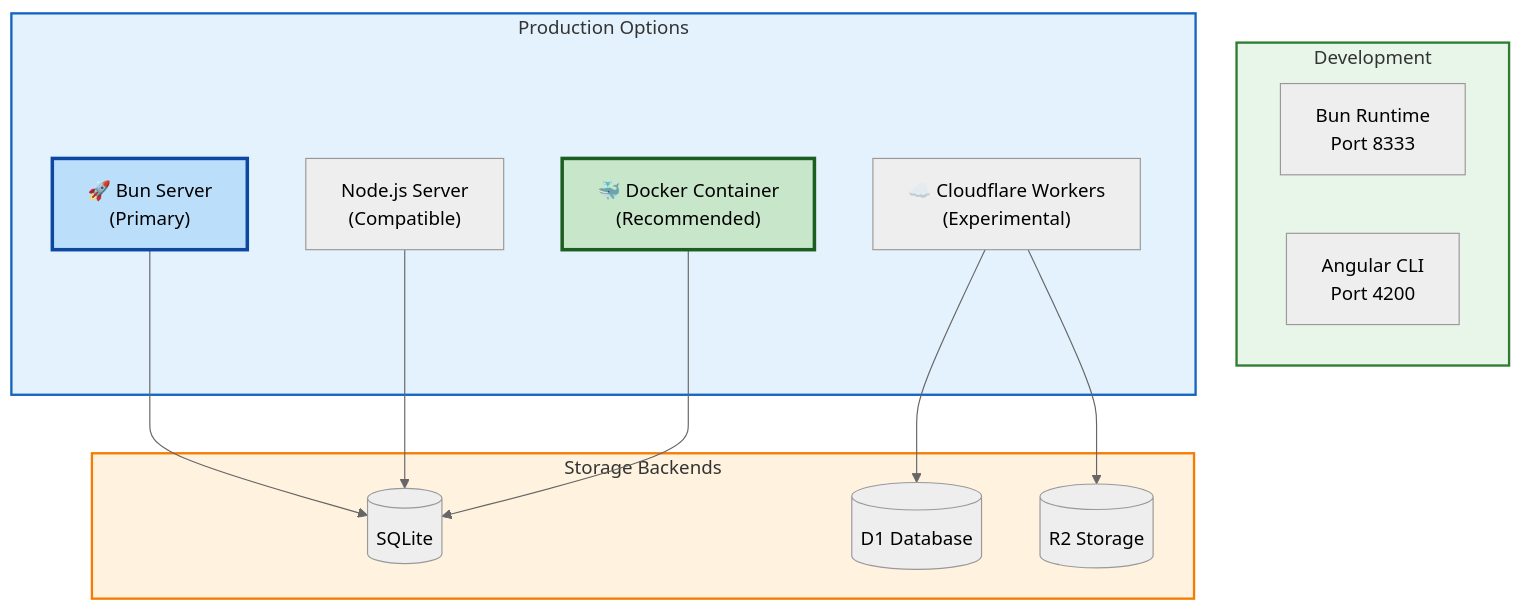
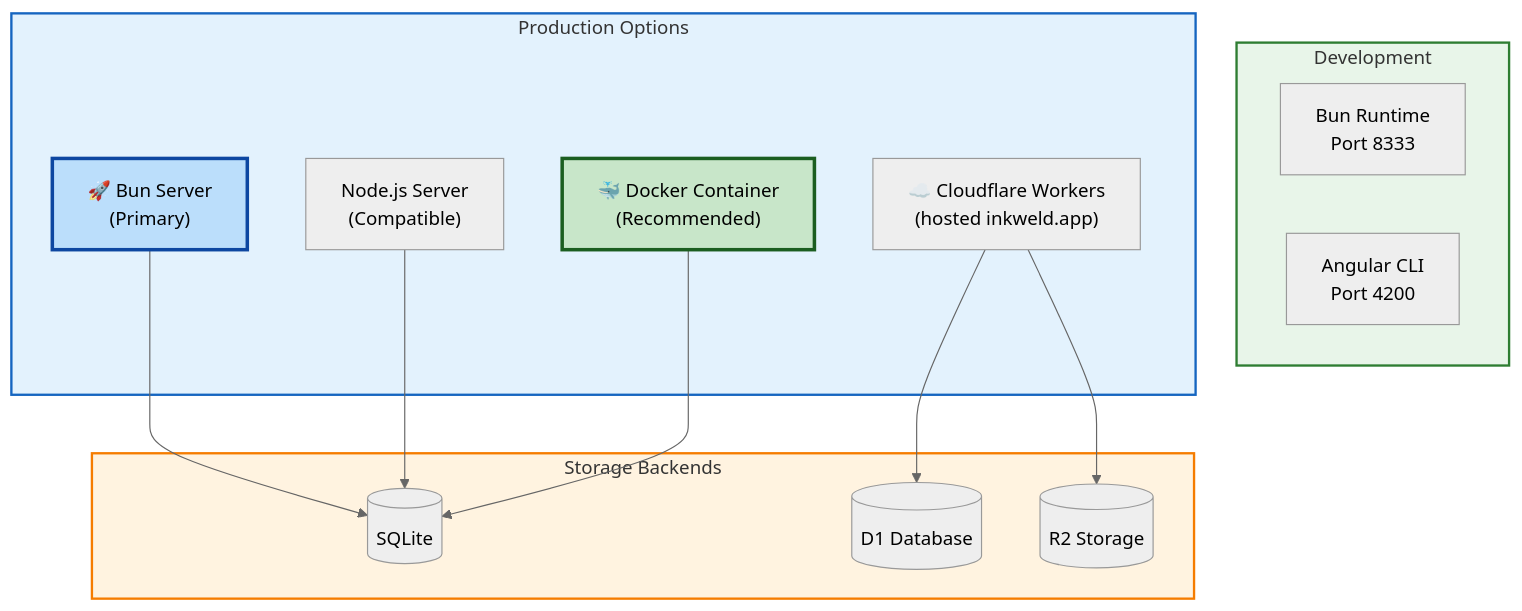
One commit to bobbyquantum/inkweld changed the seventh of 9 diagrams in docs/site/docs/developer/architecture.md. Above: the diagram before and after it, drawn with Mermaid. The commit also changed other lines of this file and 88 other files, not shown here.

````diff
--- a/docs/site/docs/developer/architecture.md
+++ b/docs/site/docs/developer/architecture.md
@@ -397,33 +450,33 @@
 ```mermaid
 %%{init: {'theme':'neutral'}}%%
 graph TB
     subgraph Dev["Development"]
         DevBun["Bun Runtime<br/>Port 8333"]
         DevNG["Angular CLI<br/>Port 4200"]
     end
 
     subgraph Prod["Production Options"]
         BunProd["🚀 Bun Server<br/>(Primary)"]
         NodeProd["Node.js Server<br/>(Compatible)"]
         Docker["🐳 Docker Container<br/>(Recommended)"]
-        CF["☁️ Cloudflare Workers<br/>(Experimental)"]
+        CF["☁️ Cloudflare Workers<br/>(hosted inkweld.app)"]
     end
 
     subgraph Storage["Storage Backends"]
         SQLite[("SQLite")]
         D1[("D1 Database")]
         R2[("R2 Storage")]
     end
 
     BunProd --> SQLite
     NodeProd --> SQLite
     Docker --> SQLite
     CF --> D1
     CF --> R2
 
     style Dev fill:#e8f5e9,stroke:#2e7d32,stroke-width:2px
     style Prod fill:#e3f2fd,stroke:#1565c0,stroke-width:2px
     style Storage fill:#fff3e0,stroke:#f57c00,stroke-width:2px
     style BunProd fill:#bbdefb,stroke:#0d47a1,stroke-width:3px
     style Docker fill:#c8e6c9,stroke:#1b5e20,stroke-width:3px
 ```
````
